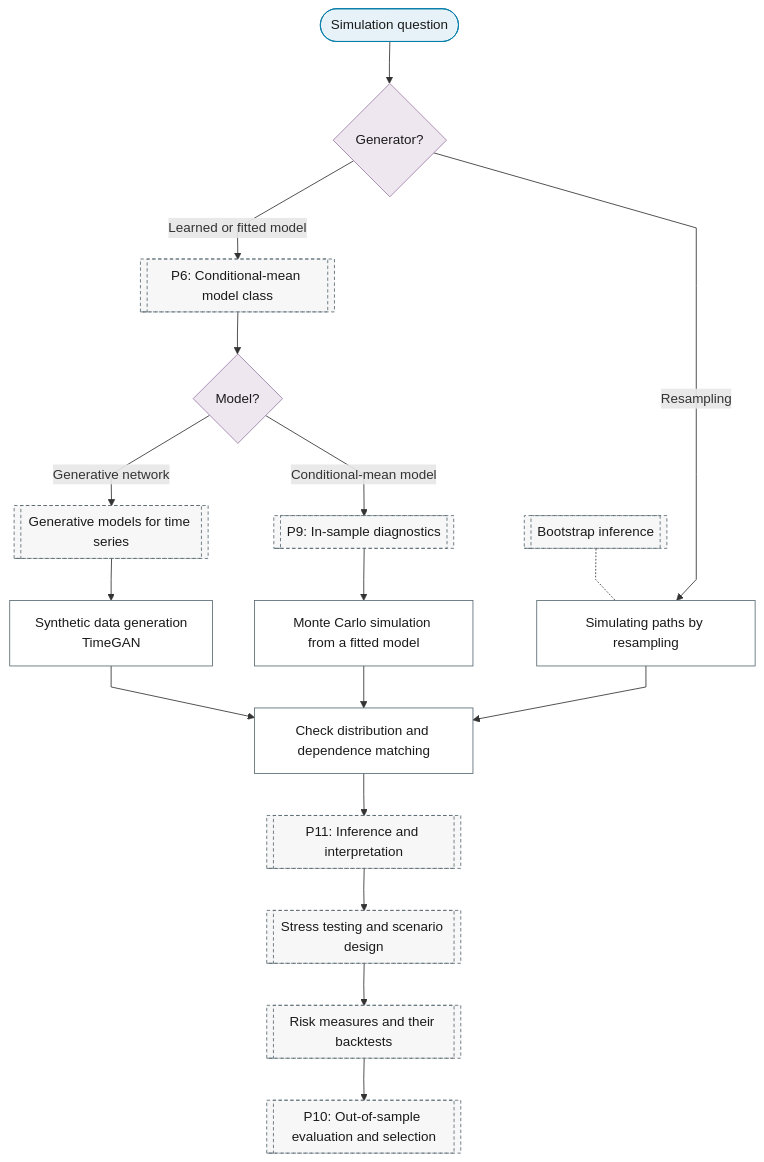
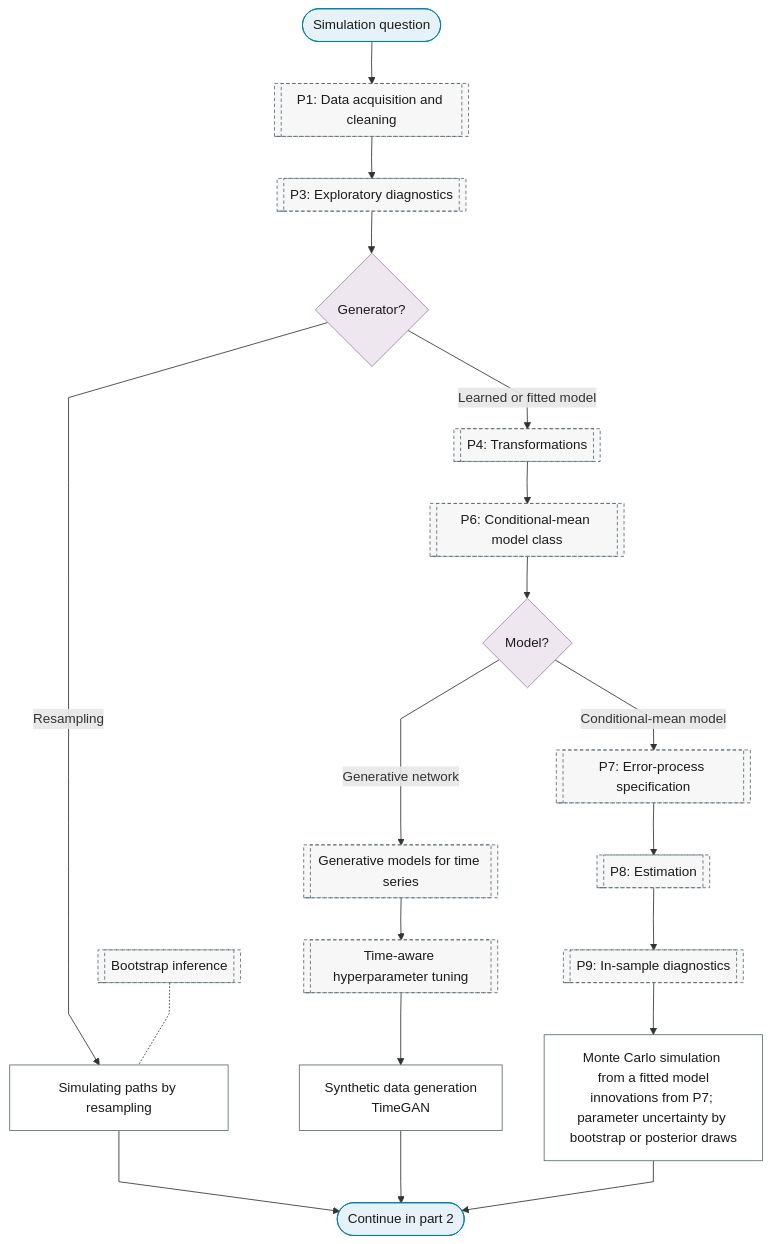
One commit to Shuxin-Y/time-series-analysis-manual changed the first of 2 diagrams in docs/01-workflow/p00-purpose/10-simulation.md. Above: the diagram before and after it, drawn with Mermaid. The commit also changed other lines of this file and 20 other files, not shown here.

````diff
--- a/docs/01-workflow/p00-purpose/10-simulation.md
+++ b/docs/01-workflow/p00-purpose/10-simulation.md
@@ -7,30 +9,32 @@
 ```mermaid
 %%{init: {"flowchart": {"curve": "linear"}}}%%
 graph TD
-    P0_SM_IN(["Simulation question"]) --> P0_SM_SOURCE{"Generator?"}
-    P0_SM_SOURCE -->|"Learned or fitted model"| P6[["P6: Conditional-mean model class"]]
+    P0_SM_IN(["Simulation question"]) --> P1[["P1: Data acquisition and cleaning"]]
+    P1 --> P3[["P3: Exploratory diagnostics"]]
+    P3 --> P0_SM_SOURCE{"Generator?"}
     P0_SM_SOURCE -->|"Resampling"| P0_SM_BOOTSTRAP_PATHS["Simulating paths by resampling"]
+    P0_SM_SOURCE -->|"Learned or fitted model"| P4[["P4: Transformations"]]
+    P4 --> P6[["P6: Conditional-mean model class"]]
     P6 --> P0_SM_FIT{"Model?"}
     P0_SM_FIT -->|"Generative network"| P6_GENERATIVE[["Generative models for time series"]]
-    P0_SM_FIT -->|"Conditional-mean model"| P9[["P9: In-sample diagnostics"]]
-    P6_GENERATIVE --> P0_SM_SYNTHETIC["Synthetic data generation<br/>TimeGAN"]
-    P9 --> P0_SM_MONTE_CARLO["Monte Carlo simulation from a fitted model"]
+    P0_SM_FIT -->|"Conditional-mean model"| P7[["P7: Error-process specification"]]
+    P6_GENERATIVE --> P8_HYPERPARAMETERS[["Time-aware hyperparameter tuning"]]
+    P8_HYPERPARAMETERS --> P0_SM_SYNTHETIC["Synthetic data generation<br/>TimeGAN"]
+    P7 --> P8[["P8: Estimation"]]
+    P8 --> P9[["P9: In-sample diagnostics"]]
+    P9 --> P0_SM_MONTE_CARLO["Monte Carlo simulation from a fitted model<br/>innovations from P7; parameter uncertainty by bootstrap or posterior draws"]
     P9_BOOTSTRAP[["Bootstrap inference"]] -.- P0_SM_BOOTSTRAP_PATHS
-    P0_SM_MONTE_CARLO & P0_SM_BOOTSTRAP_PATHS & P0_SM_SYNTHETIC --> P0_SM_DISTRIBUTION_MATCH["Check distribution and dependence matching"]
-    P0_SM_DISTRIBUTION_MATCH --> P11[["P11: Inference and interpretation"]]
-    P11 --> P11_SCENARIOS[["Stress testing and scenario design"]]
-    P11_SCENARIOS --> P11_RISK_MEASURES[["Risk measures and their backtests"]]
-    P11_RISK_MEASURES --> P10[["P10: Out-of-sample evaluation and selection"]]
-    class P0_SM_IN terminator
+    P0_SM_BOOTSTRAP_PATHS & P0_SM_SYNTHETIC & P0_SM_MONTE_CARLO --> P0_SM_TO_PART_2(["Continue in part 2"])
+    class P0_SM_IN,P0_SM_TO_PART_2 terminator
     class P0_SM_SOURCE,P0_SM_FIT decision
-    class P0_SM_BOOTSTRAP_PATHS,P0_SM_SYNTHETIC,P0_SM_MONTE_CARLO,P0_SM_DISTRIBUTION_MATCH process
-    class P6,P6_GENERATIVE,P9,P9_BOOTSTRAP,P11,P11_SCENARIOS,P11_RISK_MEASURES,P10 ref
+    class P0_SM_BOOTSTRAP_PATHS,P0_SM_SYNTHETIC,P0_SM_MONTE_CARLO process
+    class P1,P3,P4,P6,P6_GENERATIVE,P7,P8_HYPERPARAMETERS,P8,P9,P9_BOOTSTRAP ref
     classDef terminator fill:#E6F2F7,stroke:#007BA7,color:#1A1A1A;
     classDef process fill:#FFFFFF,stroke:#5A6B73,color:#1A1A1A;
     classDef decision fill:#EFE7F0,stroke:#9B7FA7,color:#1A1A1A;
     classDef data fill:#FFF4E0,stroke:#C9A55E,color:#1A1A1A;
     classDef good fill:#DCEFD8,stroke:#4A7A3F,color:#1A1A1A;
     classDef escalate fill:#FFE9C2,stroke:#C9A55E,color:#1A1A1A;
     classDef problem fill:#F2D9DE,stroke:#800020,color:#1A1A1A;
     classDef ref fill:#F7F7F7,stroke:#5A6B73,color:#1A1A1A,stroke-dasharray:4 3;
 ```
````
